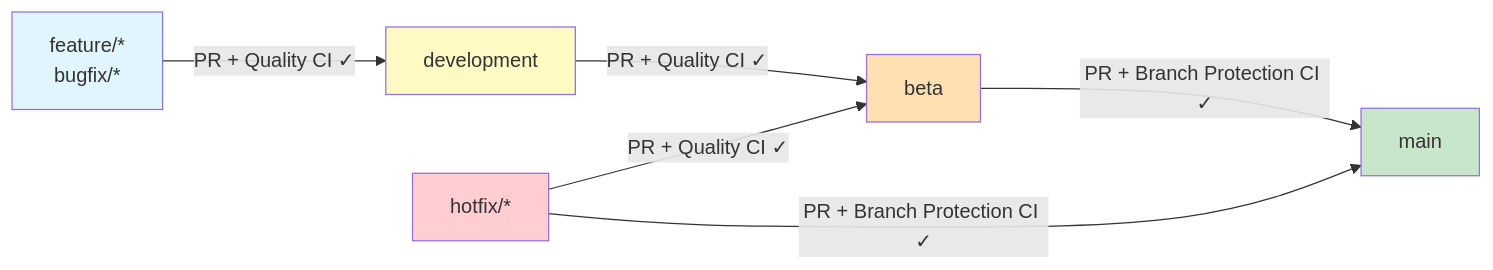
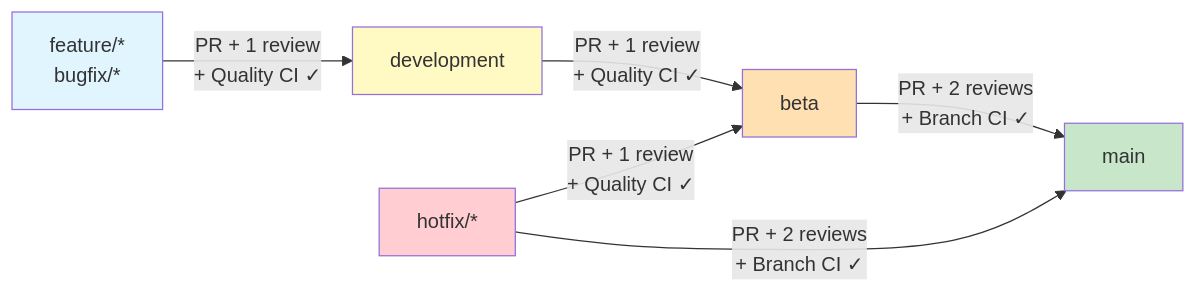
Before and after one commit to ConductionNL/.github: the first of 2 diagrams in CONTRIBUTING.md, drawn with Mermaid. The commit also changed other lines of this file, not shown here.

Commit message:
docs: Update branch protection rules to reflect org-wide rulesets

````diff
--- a/CONTRIBUTING.md
+++ b/CONTRIBUTING.md
@@ -44,14 +44,14 @@
 ```mermaid
 graph LR
-    F["feature/*\nbugfix/*"] -->|"PR + Quality CI ✓"| D[development]
-    D -->|"PR + Quality CI ✓"| B[beta]
-    B -->|"PR + Branch Protection CI ✓"| M[main]
-    H["hotfix/*"] -->|"PR + Quality CI ✓"| B
-    H -->|"PR + Branch Protection CI ✓"| M
+    F["feature/*\nbugfix/*"] -->|"PR + 1 review\n+ Quality CI ✓"| D[development]
+    D -->|"PR + 1 review\n+ Quality CI ✓"| B[beta]
+    B -->|"PR + 2 reviews\n+ Branch CI ✓"| M[main]
+    H["hotfix/*"] -->|"PR + 1 review\n+ Quality CI ✓"| B
+    H -->|"PR + 2 reviews\n+ Branch CI ✓"| M
 
     style F fill:#e1f5fe
     style D fill:#fff9c4
     style B fill:#ffe0b2
     style M fill:#c8e6c9
     style H fill:#ffcdd2
 ```
````
